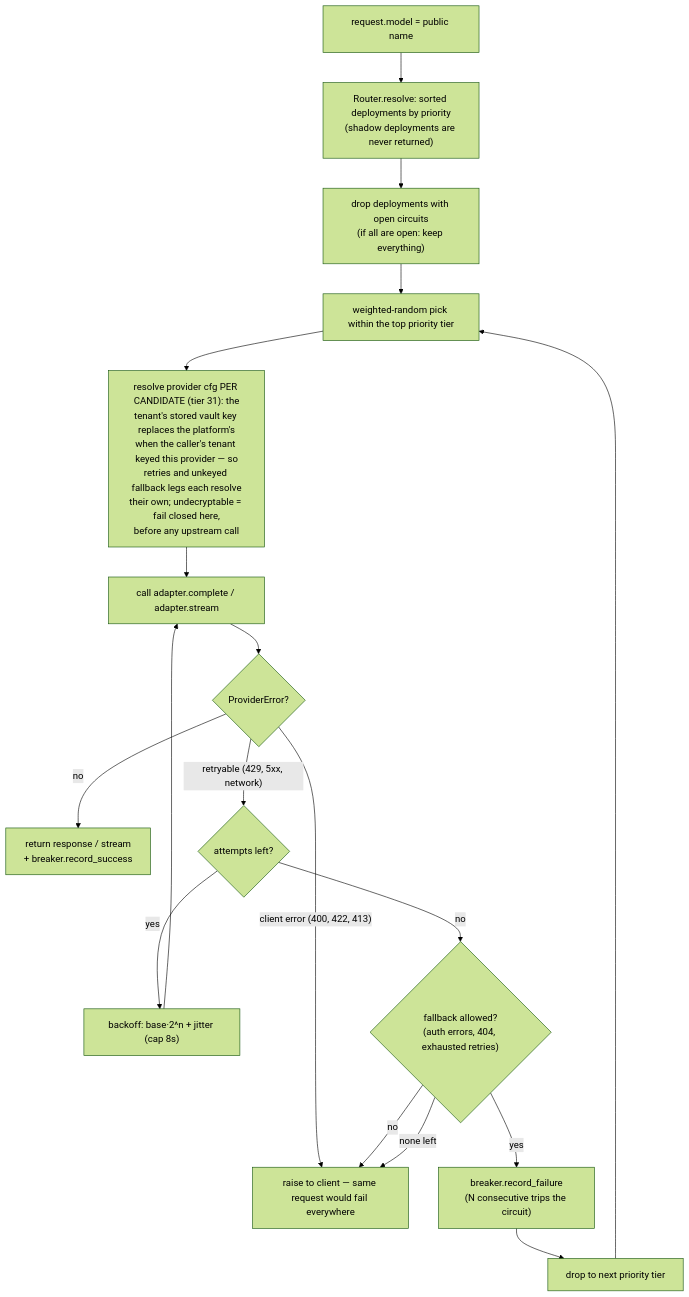
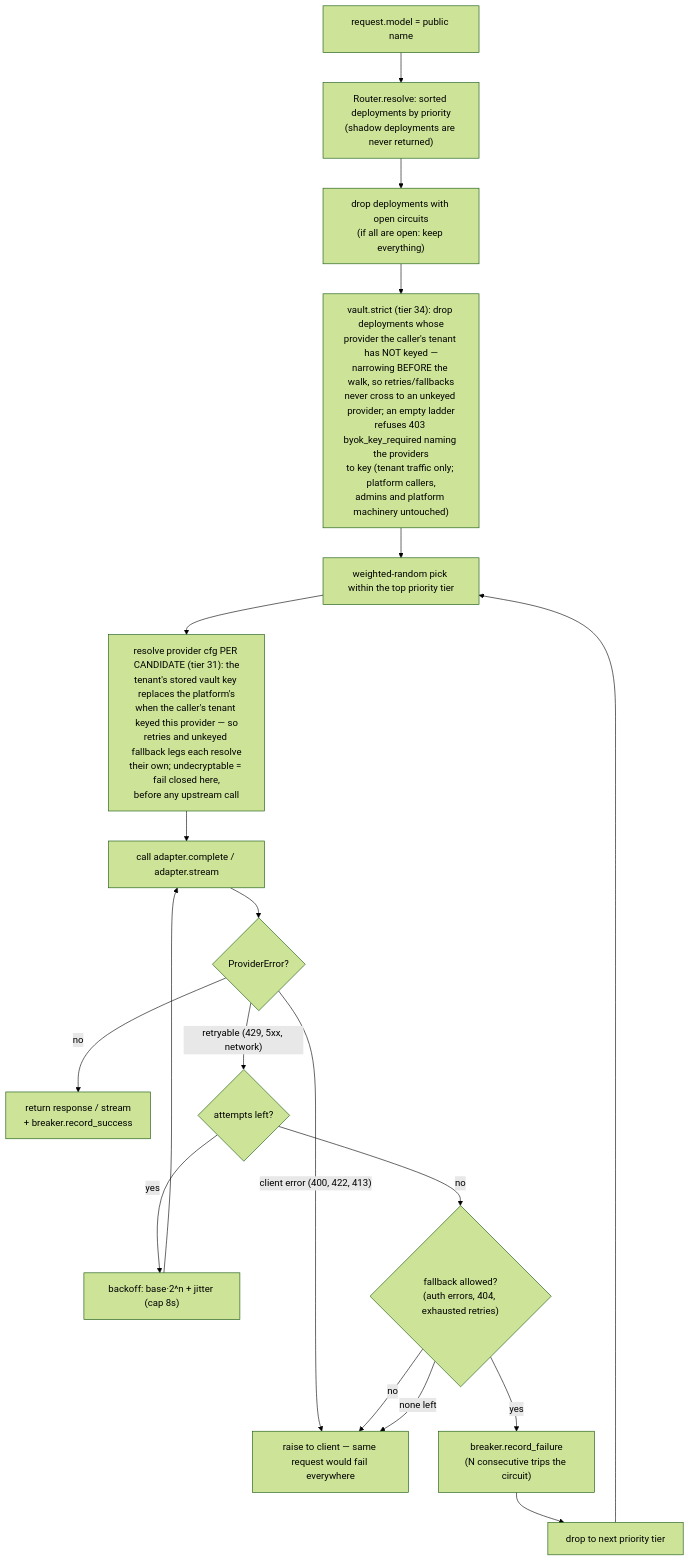
Before and after one commit to hinadome/llm_gateway: the seventh of 9 diagrams in ARCHITECTURE.md, drawn with Mermaid (forest theme). The commit also changed other lines of this file and 13 other files, not shown here.

````diff
--- a/ARCHITECTURE.md
+++ b/ARCHITECTURE.md
@@ -1515,17 +1552,18 @@
 ```mermaid
 flowchart TD
     REQ["request.model = public name"] --> RESOLVE["Router.resolve: sorted deployments by priority<br/>(shadow deployments are never returned)"]
     RESOLVE --> FILTER["drop deployments with open circuits<br/>(if all are open: keep everything)"]
-    FILTER --> PICK["weighted-random pick within the top priority tier"]
+    FILTER --> STRICT["vault.strict (tier 34): drop deployments whose<br/>provider the caller's tenant has NOT keyed —<br/>narrowing BEFORE the walk, so retries/fallbacks<br/>never cross to an unkeyed provider; an empty ladder<br/>refuses 403 byok_key_required naming the providers<br/>to key (tenant traffic only; platform callers,<br/>admins and platform machinery untouched)"]
+    STRICT --> PICK["weighted-random pick within the top priority tier"]
     PICK --> BYOK["resolve provider cfg PER CANDIDATE (tier 31): the<br/>tenant's stored vault key replaces the platform's<br/>when the caller's tenant keyed this provider — so<br/>retries and unkeyed fallback legs each resolve<br/>their own; undecryptable = fail closed here,<br/>before any upstream call"]
     BYOK --> CALL["call adapter.complete / adapter.stream"]
     CALL --> ERR{"ProviderError?"}
     ERR -->|no| OK["return response / stream<br/>+ breaker.record_success"]
     ERR -->|"retryable (429, 5xx, network)"| RETRY{"attempts left?"}
     RETRY -->|yes| SLEEP["backoff: base·2^n + jitter (cap 8s)"] --> CALL
     RETRY -->|no| FB{"fallback allowed?<br/>(auth errors, 404, exhausted retries)"}
     ERR -->|"client error (400, 422, 413)"| RAISE["raise to client — same request would fail everywhere"]
     FB -->|no| RAISE
     FB -->|yes| TRIP["breaker.record_failure<br/>(N consecutive trips the circuit)"] --> NEXT["drop to next priority tier"] --> PICK
     FB -->|"none left"| RAISE
 ```
````
